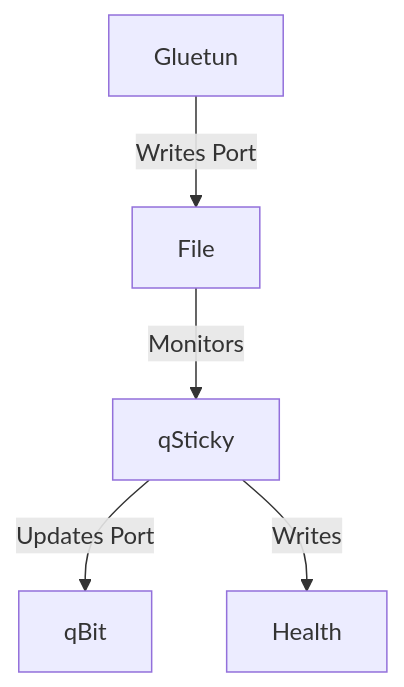
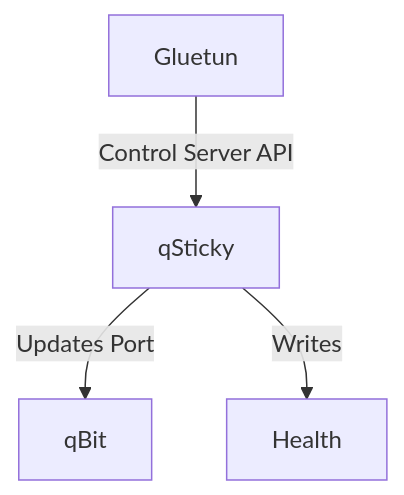
One commit to monstermuffin/qSticky changed the diagram in README.md. Above: the diagram before and after it, drawn with Mermaid. The commit also changed other lines of this file, not shown here.

Commit message:
docs: significant README changes to support new API usage

````diff
--- a/README.md
+++ b/README.md
@@ -44,7 +43,6 @@
 ```mermaid
 graph TD;
-    Gluetun-->|Writes Port|File;
-    File-->|Monitors|qSticky;
+    Gluetun-->|Control Server API|qSticky;
     qSticky-->|Updates Port|qBit;
     qSticky-->|Writes|Health;
 ```
````
